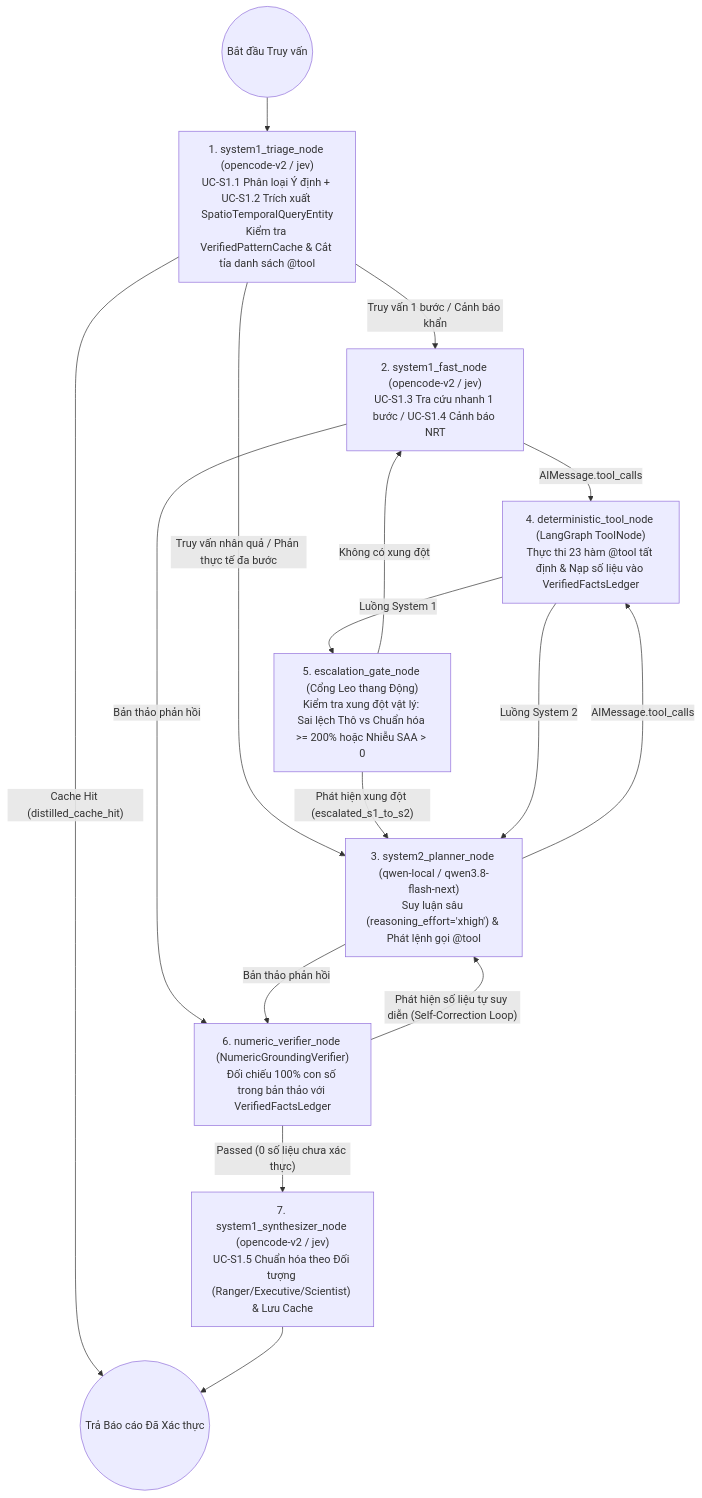
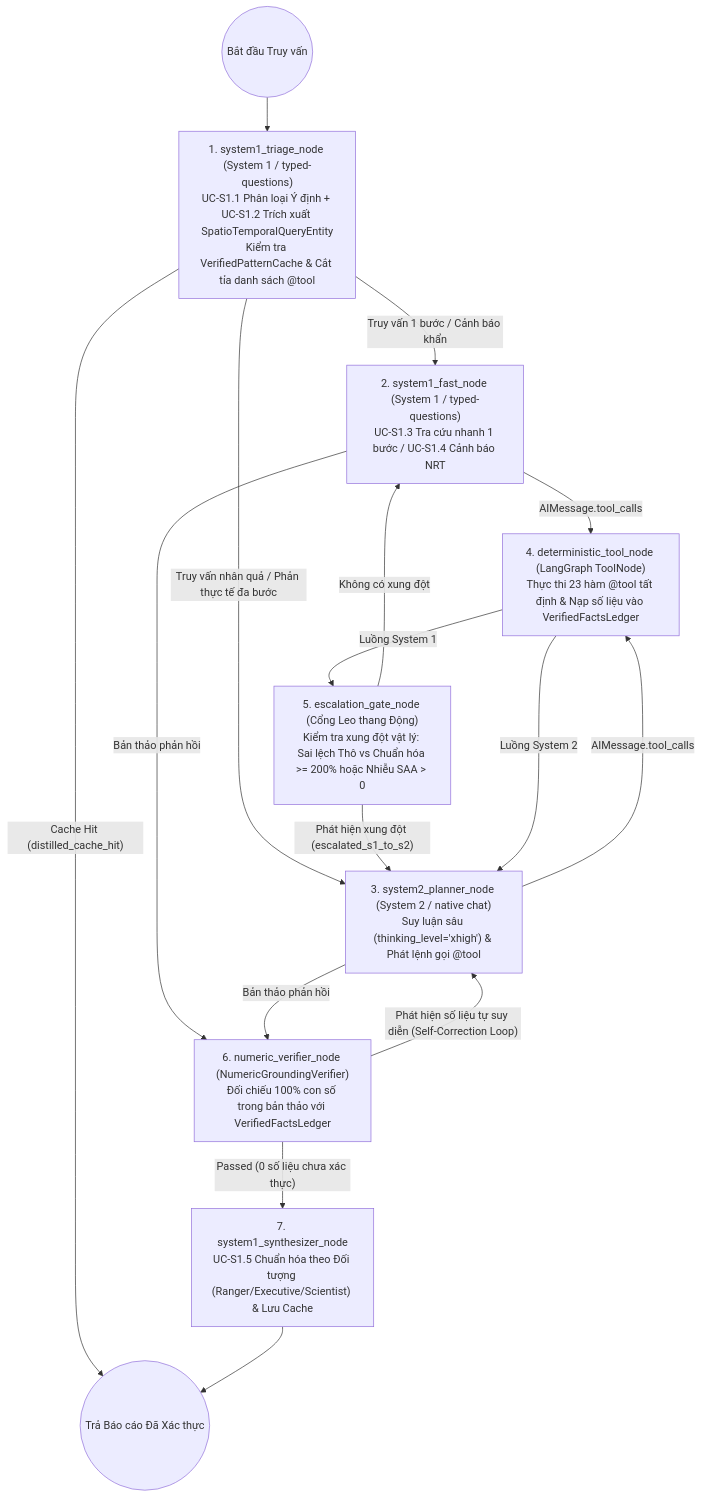
Before and after one commit to the-aris-club/flare-chronos: the third of 3 diagrams in exports/REPORT.md, drawn with Mermaid. The commit also changed other lines of this file and 19 other files, not shown here.

````diff
--- a/exports/REPORT.md
+++ b/exports/REPORT.md
@@ -411,22 +415,22 @@
 ```mermaid
 flowchart TB
-    START((Bắt đầu Truy vấn)) --> S1_TRIAGE["1. system1_triage_node (opencode-v2 / jev)<br/>UC-S1.1 Phân loại Ý định + UC-S1.2 Trích xuất SpatioTemporalQueryEntity<br/>Kiểm tra VerifiedPatternCache & Cắt tỉa danh sách @tool"]
+    START((Bắt đầu Truy vấn)) --> S1_TRIAGE["1. system1_triage_node (System 1 / typed-questions)<br/>UC-S1.1 Phân loại Ý định + UC-S1.2 Trích xuất SpatioTemporalQueryEntity<br/>Kiểm tra VerifiedPatternCache & Cắt tỉa danh sách @tool"]
     S1_TRIAGE -->|"Cache Hit (distilled_cache_hit)"| END_NODE((Trả Báo cáo Đã Xác thực))
-    S1_TRIAGE -->|"Truy vấn 1 bước / Cảnh báo khẩn"| S1_FAST["2. system1_fast_node (opencode-v2 / jev)<br/>UC-S1.3 Tra cứu nhanh 1 bước / UC-S1.4 Cảnh báo NRT"]
-    S1_TRIAGE -->|"Truy vấn nhân quả / Phản thực tế đa bước"| S2_PLAN["3. system2_planner_node (qwen-local / qwen3.8-flash-next)<br/>Suy luận sâu (reasoning_effort='xhigh') & Phát lệnh gọi @tool"]
+    S1_TRIAGE -->|"Truy vấn 1 bước / Cảnh báo khẩn"| S1_FAST["2. system1_fast_node (System 1 / typed-questions)<br/>UC-S1.3 Tra cứu nhanh 1 bước / UC-S1.4 Cảnh báo NRT"]
+    S1_TRIAGE -->|"Truy vấn nhân quả / Phản thực tế đa bước"| S2_PLAN["3. system2_planner_node (System 2 / native chat)<br/>Suy luận sâu (thinking_level='xhigh') & Phát lệnh gọi @tool"]
 
     S1_FAST -->|"AIMessage.tool_calls"| TOOL_NODE["4. deterministic_tool_node (LangGraph ToolNode)<br/>Thực thi 23 hàm @tool tất định & Nạp số liệu vào VerifiedFactsLedger"]
     S2_PLAN -->|"AIMessage.tool_calls"| TOOL_NODE
 
     TOOL_NODE -->|"Luồng System 1"| ESC_GATE["5. escalation_gate_node (Cổng Leo thang Động)<br/>Kiểm tra xung đột vật lý: Sai lệch Thô vs Chuẩn hóa >= 200% hoặc Nhiễu SAA > 0"]
     ESC_GATE -->|"Phát hiện xung đột (escalated_s1_to_s2)"| S2_PLAN
     ESC_GATE -->|"Không có xung đột"| S1_FAST
     TOOL_NODE -->|"Luồng System 2"| S2_PLAN
 
     S1_FAST -->|"Bản thảo phản hồi"| VERIFIER["6. numeric_verifier_node (NumericGroundingVerifier)<br/>Đối chiếu 100% con số trong bản thảo với VerifiedFactsLedger"]
     S2_PLAN -->|"Bản thảo phản hồi"| VERIFIER
 
     VERIFIER -->|"Phát hiện số liệu tự suy diễn (Self-Correction Loop)"| S2_PLAN
-    VERIFIER -->|"Passed (0 số liệu chưa xác thực)"| S1_SYNTH["7. system1_synthesizer_node (opencode-v2 / jev)<br/>UC-S1.5 Chuẩn hóa theo Đối tượng (Ranger/Executive/Scientist) & Lưu Cache"]
+    VERIFIER -->|"Passed (0 số liệu chưa xác thực)"| S1_SYNTH["7. system1_synthesizer_node<br/>UC-S1.5 Chuẩn hóa theo Đối tượng (Ranger/Executive/Scientist) & Lưu Cache"]
     S1_SYNTH --> END_NODE
 ```
````
